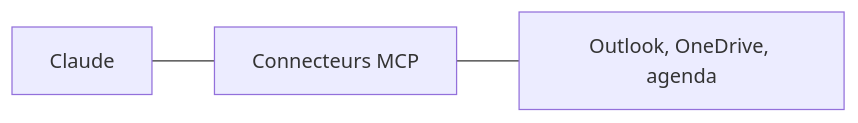
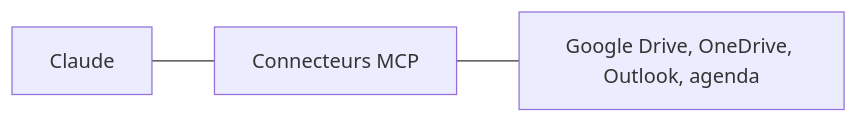
The diagram in src/parts/4 - IA générative et IA agentique.md (DeveloPassion/atelier-ia-ecole-direction), drawn with Mermaid before and after one commit. The commit also changed other lines of this file and 20 other files, not shown here.

````diff
--- a/src/parts/4 - IA générative et IA agentique.md
+++ b/src/parts/4 - IA générative et IA agentique.md
@@ -300,4 +300,4 @@
 ```mermaid
 flowchart LR
-  C[Claude] --- M[Connecteurs MCP] --- O[Outlook, OneDrive, agenda]
+  C[Claude] --- M[Connecteurs MCP] --- O[Google Drive, OneDrive, Outlook, agenda]
 ```
````
